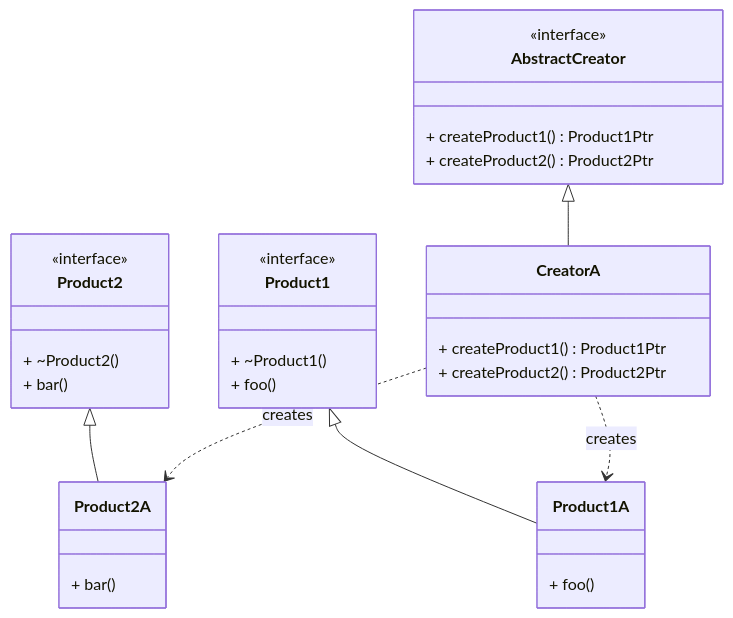
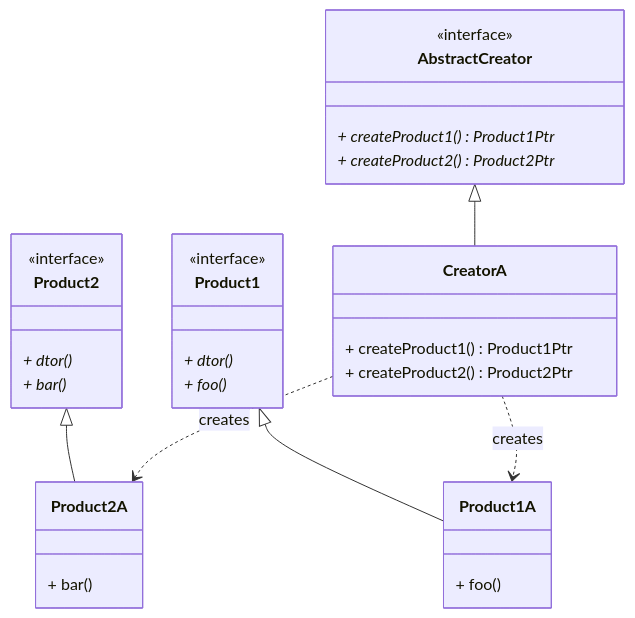
One commit to chicagoquant/chicagoquant.github.io changed the sixth of 8 diagrams in cheatsheet.md. Above: the diagram before and after it, drawn with Mermaid. The commit also changed other lines of this file, not shown here.

````diff
--- a/cheatsheet.md
+++ b/cheatsheet.md
@@ -4726,44 +4891,44 @@
 ```mermaid
 classDiagram
 direction TB
 
 class Product1 {
   <<interface>>
-  + ~Product1()
-  + foo()
+  + dtor()*
+  + foo()*
 }
 
 class Product1A {
   + foo()
 }
 
 Product1 <|-- Product1A
 
 class Product2 {
   <<interface>>
-  + ~Product2()
-  + bar()
+  + dtor()*
+  + bar()*
 }
 
 class Product2A {
   + bar()
 }
 
 Product2 <|-- Product2A
 
 class AbstractCreator {
   <<interface>>
-  + createProduct1() Product1Ptr
-  + createProduct2() Product2Ptr
+  + createProduct1() Product1Ptr*
+  + createProduct2() Product2Ptr*
 }
 
 class CreatorA {
   + createProduct1() Product1Ptr
   + createProduct2() Product2Ptr
 }
 
 AbstractCreator <|-- CreatorA
 
 CreatorA ..> Product2A : creates
 CreatorA ..> Product1A : creates
 ```
````
